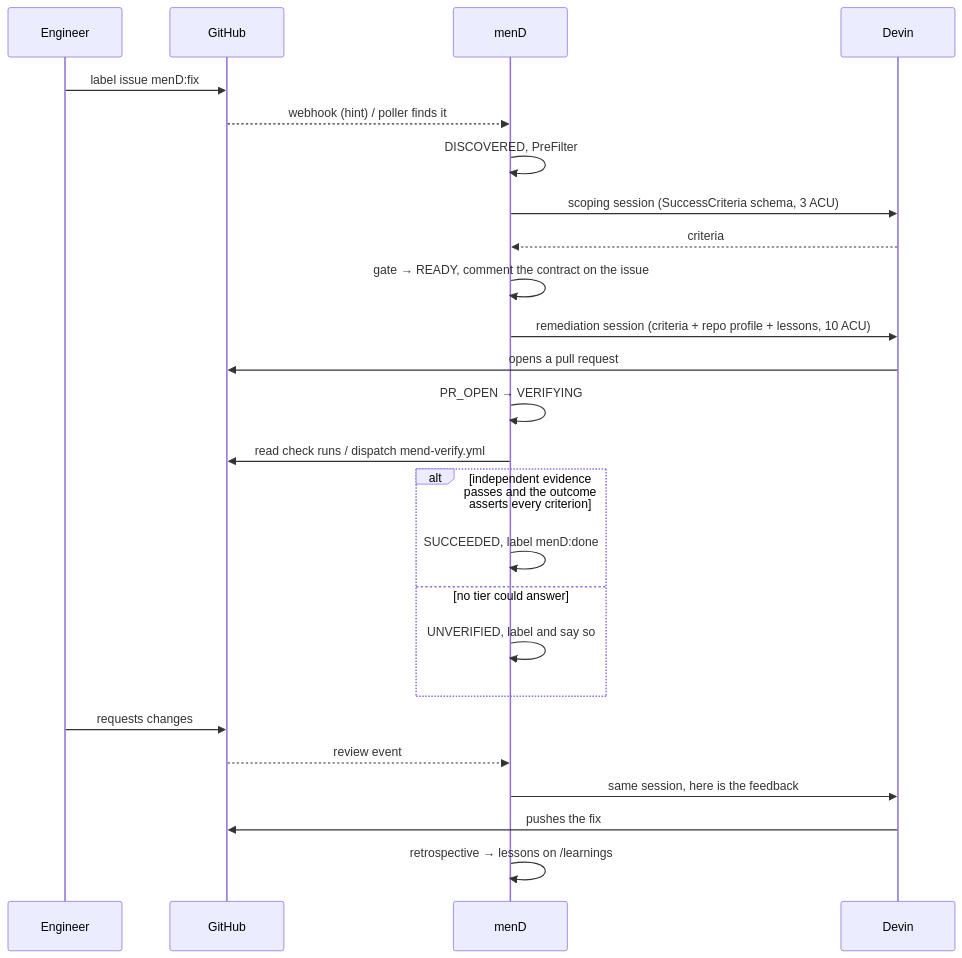
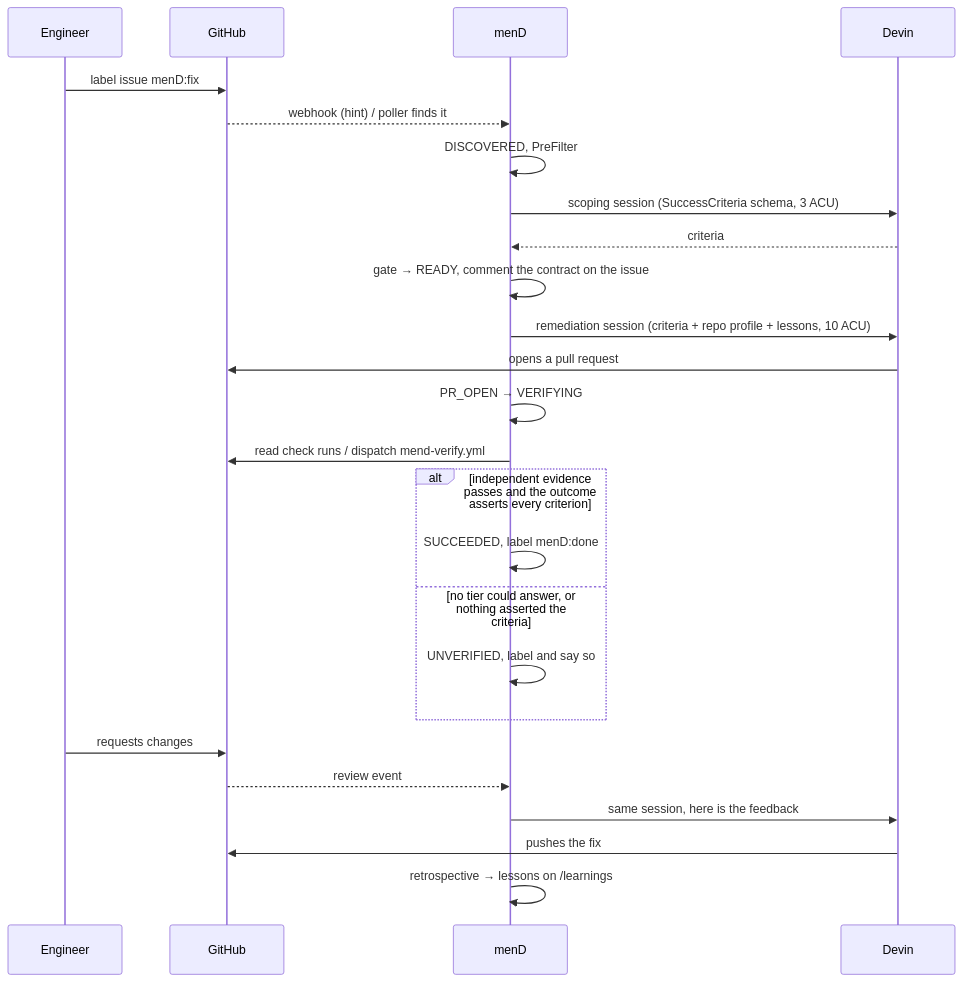
Before and after one commit to udaysagarn/TakeHome: the third of 3 diagrams in docs/ARCHITECTURE.md, drawn with Mermaid. The commit also changed other lines of this file, not shown here.

````diff
--- a/docs/ARCHITECTURE.md
+++ b/docs/ARCHITECTURE.md
@@ -312,28 +311,28 @@
 ```mermaid
 sequenceDiagram
   participant H as Engineer
   participant GH as GitHub
   participant M as menD
   participant D as Devin
 
   H->>GH: label issue menD:fix
   GH-->>M: webhook (hint) / poller finds it
   M->>M: DISCOVERED, PreFilter
   M->>D: scoping session (SuccessCriteria schema, 3 ACU)
   D-->>M: criteria
   M->>M: gate → READY, comment the contract on the issue
   M->>D: remediation session (criteria + repo profile + lessons, 10 ACU)
   D->>GH: opens a pull request
   M->>M: PR_OPEN → VERIFYING
   M->>GH: read check runs / dispatch mend-verify.yml
   alt independent evidence passes and the outcome asserts every criterion
     M->>M: SUCCEEDED, label menD:done
-  else no tier could answer
+  else no tier could answer, or nothing asserted the criteria
     M->>M: UNVERIFIED, label and say so
   end
   H->>GH: requests changes
   GH-->>M: review event
   M->>D: same session, here is the feedback
   D->>GH: pushes the fix
   M->>M: retrospective → lessons on /learnings
 ```
````
